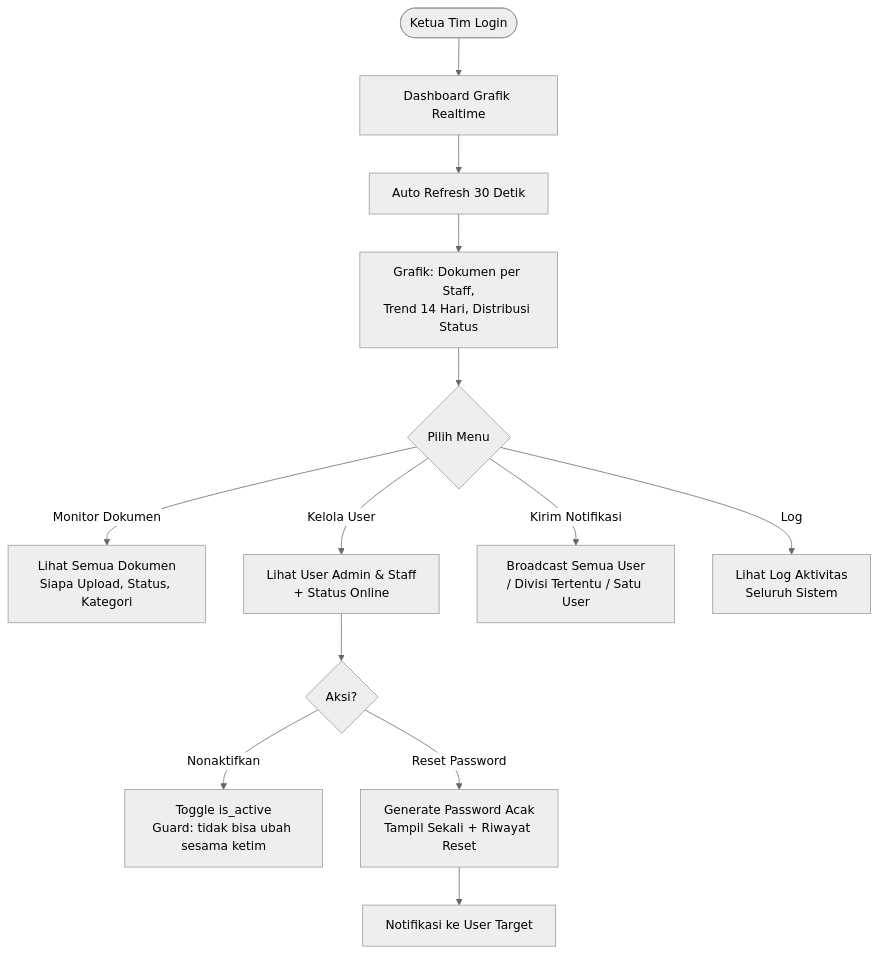
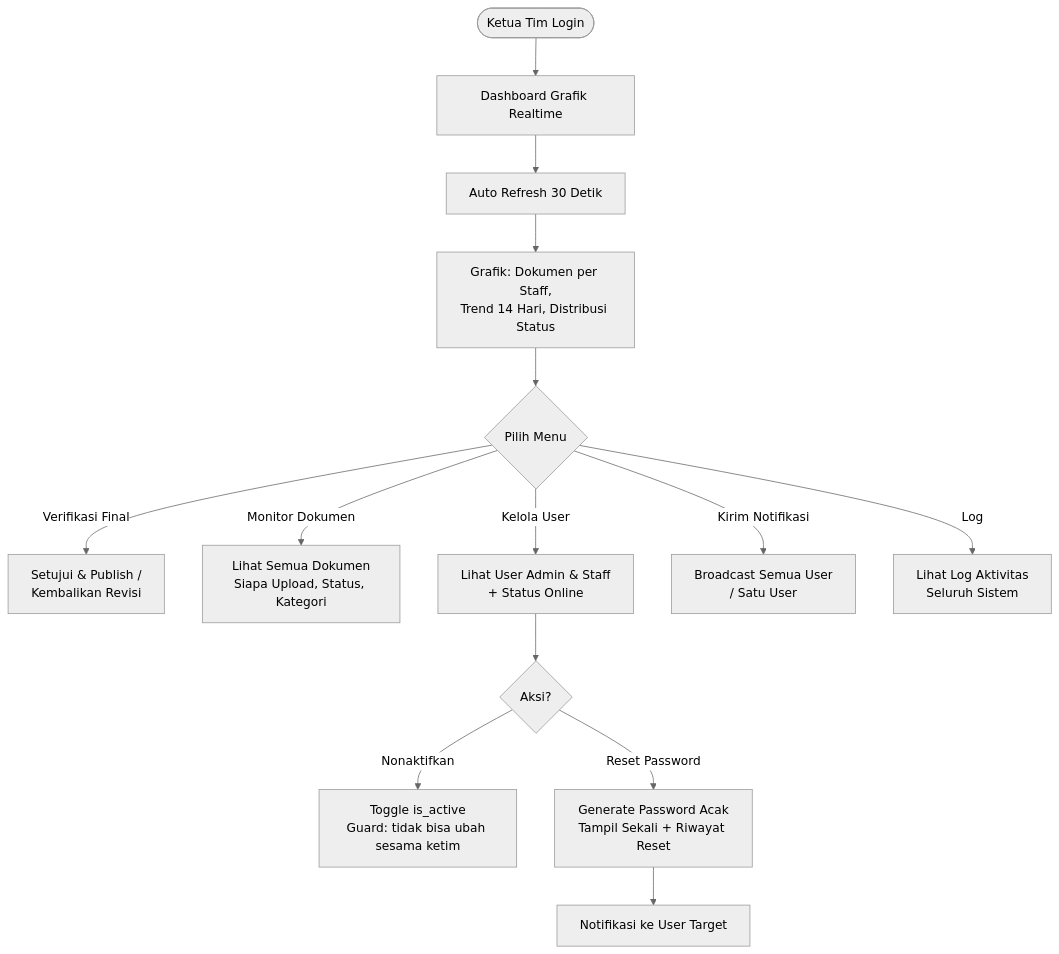
The eighth of 10 diagrams in README.md (Adivalisna1/WEB-MAGANG-), drawn with Mermaid (neutral theme) before and after one commit. The commit also changed other lines of this file and 42 other files, not shown here.

Commit message:
v2.0.0: verifikasi 2 tahap, hapus sistem divisi, nomor laporan, semester, limit 50MB, preview ketua tim & dokumentasi proses bisnis

````diff
--- a/README.md
+++ b/README.md
@@ -480,17 +554,18 @@
 ```mermaid
 flowchart TD
     START([Ketua Tim Login]) --> A[Dashboard Grafik Realtime]
     A --> B[Auto Refresh 30 Detik]
     B --> C[Grafik: Dokumen per Staff,\nTrend 14 Hari, Distribusi Status]
     C --> D{Pilih Menu}
 
+    D -->|Verifikasi Final| E2[Setujui & Publish /\nKembalikan Revisi]
     D -->|Monitor Dokumen| E[Lihat Semua Dokumen\nSiapa Upload, Status, Kategori]
     D -->|Kelola User| F[Lihat User Admin & Staff\n+ Status Online]
-    D -->|Kirim Notifikasi| G[Broadcast Semua User\n/ Divisi Tertentu / Satu User]
+    D -->|Kirim Notifikasi| G[Broadcast Semua User\n/ Satu User]
     D -->|Log| H[Lihat Log Aktivitas\nSeluruh Sistem]
 
     F --> I{Aksi?}
     I -->|Nonaktifkan| J[Toggle is_active\nGuard: tidak bisa ubah sesama ketim]
     I -->|Reset Password| K[Generate Password Acak\nTampil Sekali + Riwayat Reset]
     K --> L[Notifikasi ke User Target]
 ```
````
